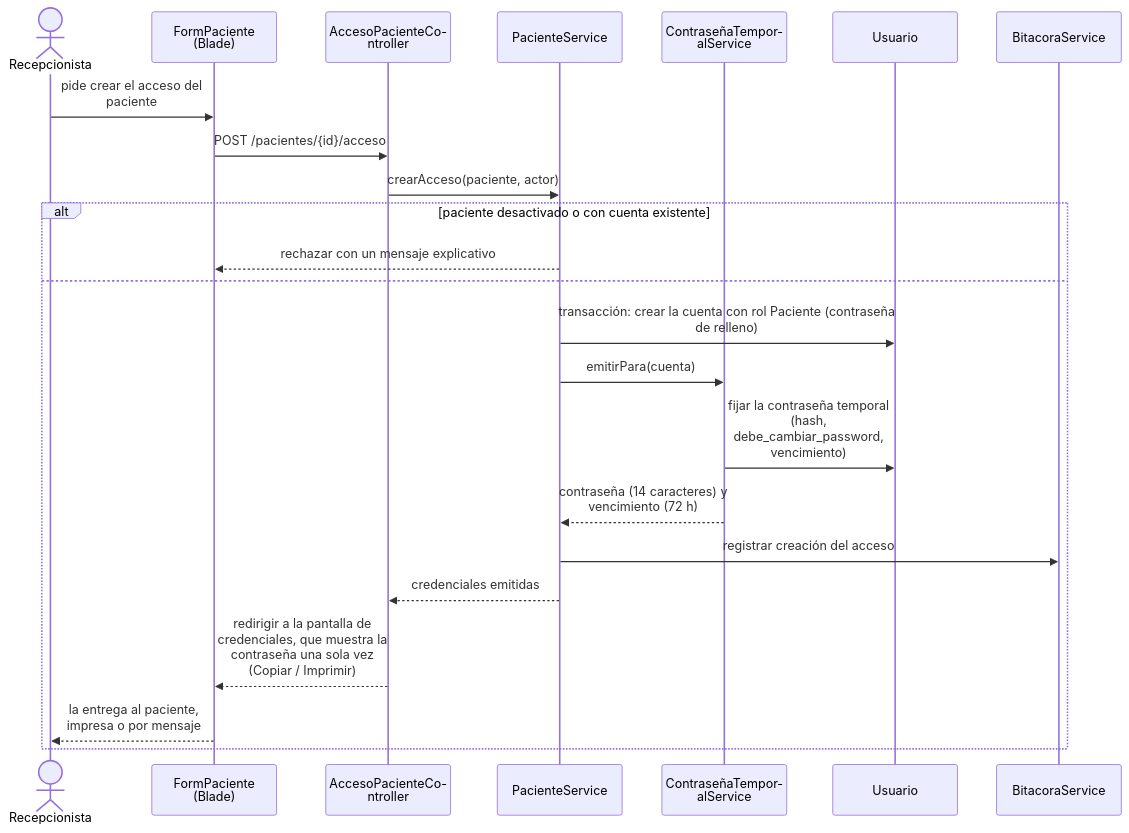
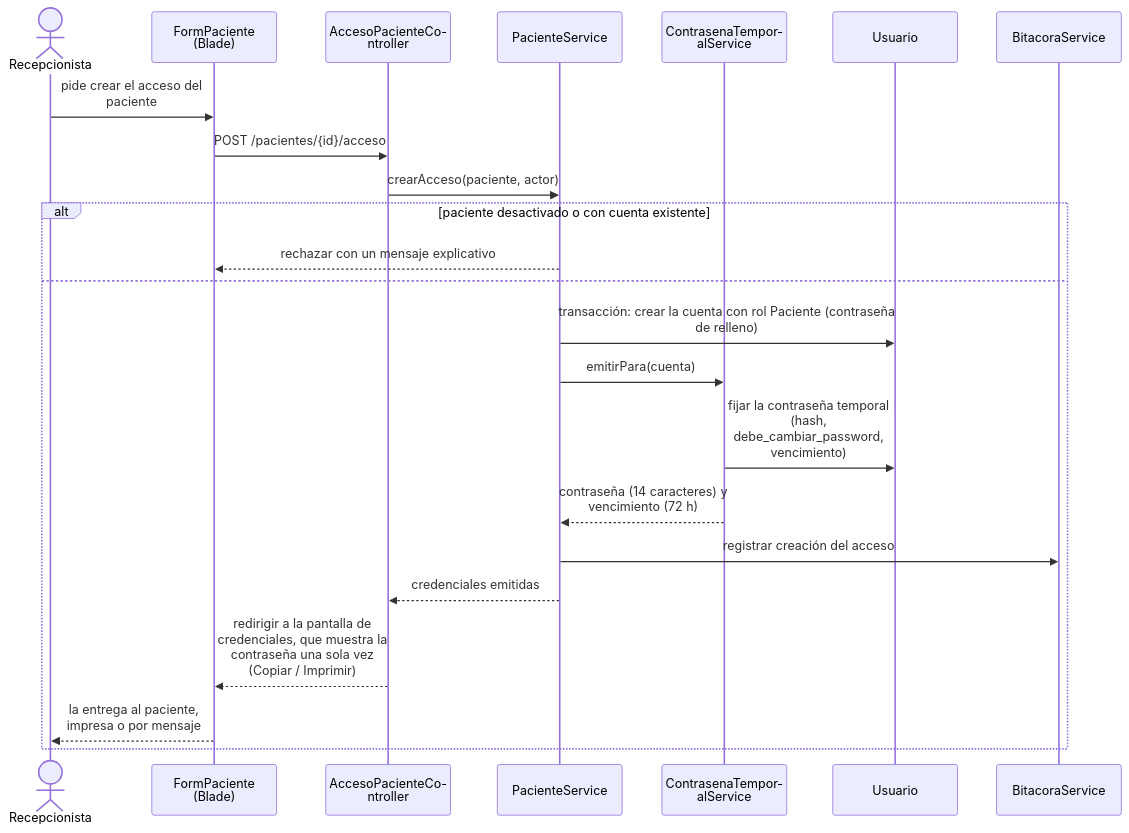
Before and after one commit to Einarpd26/2do-examen-ing-requisitos: diagram 25 of 37 in documento/Informe-Final.md, drawn with Mermaid. The commit also changed other lines of this file, not shown here.

````diff
--- a/documento/Informe-Final.md
+++ b/documento/Informe-Final.md
@@ -1686,27 +1688,27 @@
 ```mermaid
 %%{init: {"sequence": {"wrap": true, "width": 160}}}%%
 sequenceDiagram
     actor R as Recepcionista
     participant F as FormPaciente (Blade)
     participant C as AccesoPacienteController
     participant S as PacienteService
-    participant T as ContraseñaTemporalService
+    participant T as ContrasenaTemporalService
     participant U as Usuario
     participant B as BitacoraService
 
     R->>F: pide crear el acceso del paciente
     F->>C: POST /pacientes/{id}/acceso
     C->>S: crearAcceso(paciente, actor)
     alt paciente desactivado o con cuenta existente
         S-->>F: rechazar con un mensaje explicativo
     else
         S->>U: transacción: crear la cuenta con rol Paciente (contraseña de relleno)
         S->>T: emitirPara(cuenta)
         T->>U: fijar la contraseña temporal (hash, debe_cambiar_password, vencimiento)
         T-->>S: contraseña (14 caracteres) y vencimiento (72 h)
         S->>B: registrar creación del acceso
         S-->>C: credenciales emitidas
         C-->>F: redirigir a la pantalla de credenciales, que muestra la contraseña una sola vez (Copiar / Imprimir)
         F-->>R: la entrega al paciente, impresa o por mensaje
     end
 ```
````
